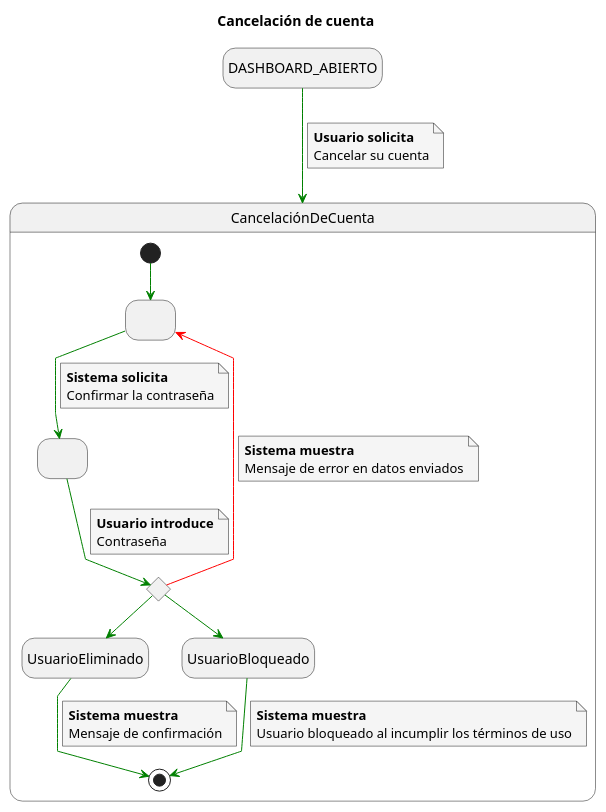
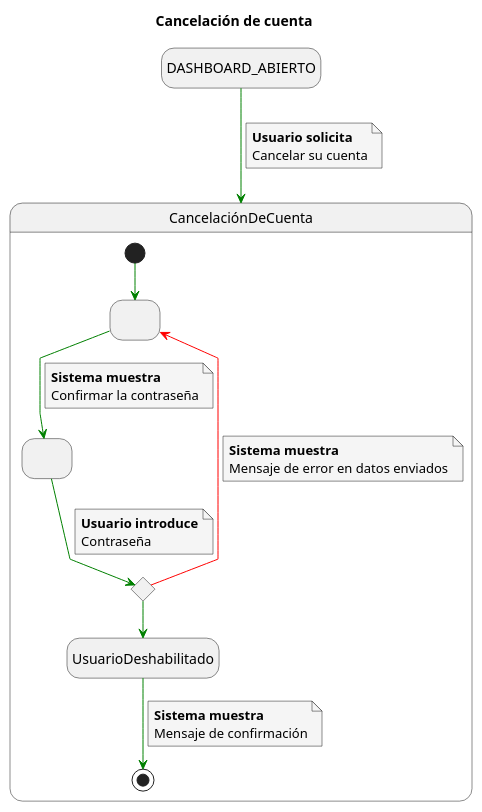
One commit to mmasias/23-24-IdSw1-SDR changed the diagram in Caso_de_Uso/Casos_de_Uso/Egresado/Cancelación_de_Cuenta/Caso_de_Uso.puml. Above: the diagram before and after it, drawn with PlantUML. The commit also changed 1 other file, not shown here.

```diff
--- a/Caso_de_Uso/Casos_de_Uso/Egresado/Cancelación_de_Cuenta/Caso_de_Uso.puml
+++ b/Caso_de_Uso/Casos_de_Uso/Egresado/Cancelación_de_Cuenta/Caso_de_Uso.puml
@@ -1,50 +1,44 @@
 @startuml
 skinparam defaultFontName Arial
 skinparam NoteBackgroundColor #whiteSmoke
 skinparam ArrowColor #green
 skinparam Linetype polyline
 top to bottom direction
 
 hide empty description
 title Cancelación de cuenta
 
 DASHBOARD_ABIERTO -down-> CancelaciónDeCuenta
 note on link
 <b>Usuario solicita</b>
 Cancelar su cuenta
 end note
 
 state CancelaciónDeCuenta{
   state 1 as " "
   state 2 as " "
   state ComprobarRequisitos <<choice>>
   [*] --> 1
   1 --> 2
   note on link
-  <b>Sistema solicita</b>
+  <b>Sistema muestra</b>
   Confirmar la contraseña
   end note
   2 --> ComprobarRequisitos
   note on link
   <b>Usuario introduce</b>
   Contraseña
   end note
   ComprobarRequisitos -[#red]-> 1
   note on link
   <b>Sistema muestra</b>
   Mensaje de error en datos enviados
   end note
-  ComprobarRequisitos --> UsuarioEliminado
-  ComprobarRequisitos --> UsuarioBloqueado
-  UsuarioEliminado --> [*]
+  ComprobarRequisitos -down-> UsuarioDeshabilitado
+  UsuarioDeshabilitado --> [*]
   note on link
   <b>Sistema muestra</b>
   Mensaje de confirmación
   end note
-  UsuarioBloqueado --> [*]
-  note on link
-  <b>Sistema muestra</b>
-  Usuario bloqueado al incumplir los términos de uso
-  end note
 }
 @enduml
```
